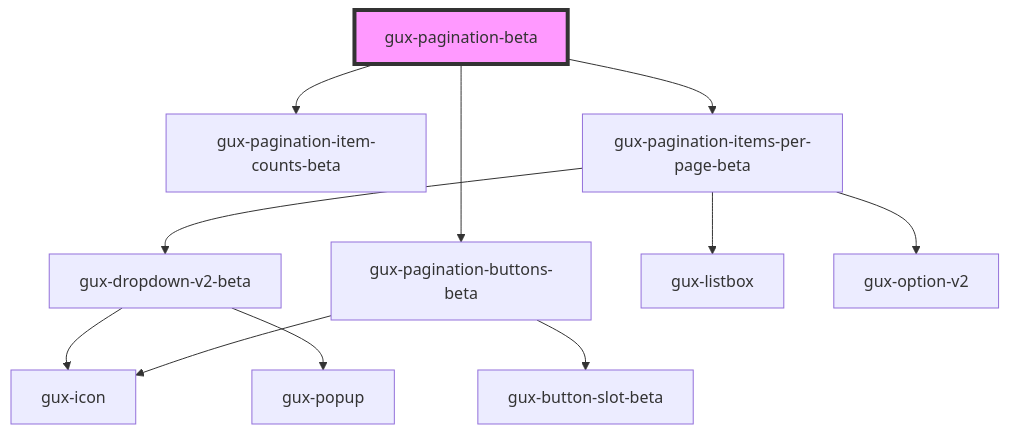
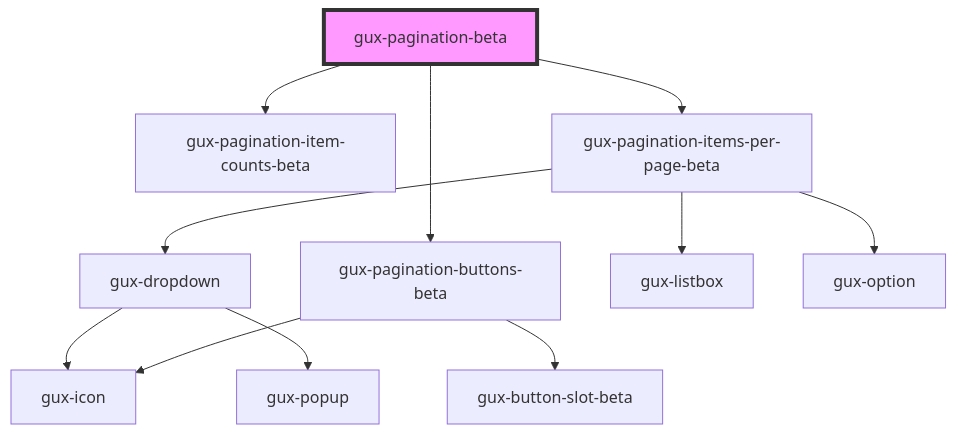
The diagram in src/components/beta/gux-pagination-beta/readme.md (MyPureCloud/genesys-spark), drawn with Mermaid before and after one commit. The commit also changed 10 other files, not shown here.

Commit message:
feat(gux-pagination-beta): update dropdown and option

````diff
--- a/src/components/beta/gux-pagination-beta/readme.md
+++ b/src/components/beta/gux-pagination-beta/readme.md
@@ -42,14 +42,14 @@
 ```mermaid
 graph TD;
   gux-pagination-beta --> gux-pagination-item-counts-beta
   gux-pagination-beta --> gux-pagination-items-per-page-beta
   gux-pagination-beta --> gux-pagination-buttons-beta
-  gux-pagination-items-per-page-beta --> gux-dropdown-v2-beta
+  gux-pagination-items-per-page-beta --> gux-dropdown
   gux-pagination-items-per-page-beta --> gux-listbox
-  gux-pagination-items-per-page-beta --> gux-option-v2
-  gux-dropdown-v2-beta --> gux-icon
-  gux-dropdown-v2-beta --> gux-popup
+  gux-pagination-items-per-page-beta --> gux-option
+  gux-dropdown --> gux-icon
+  gux-dropdown --> gux-popup
   gux-pagination-buttons-beta --> gux-button-slot-beta
   gux-pagination-buttons-beta --> gux-icon
   style gux-pagination-beta fill:#f9f,stroke:#333,stroke-width:4px
 ```
````
